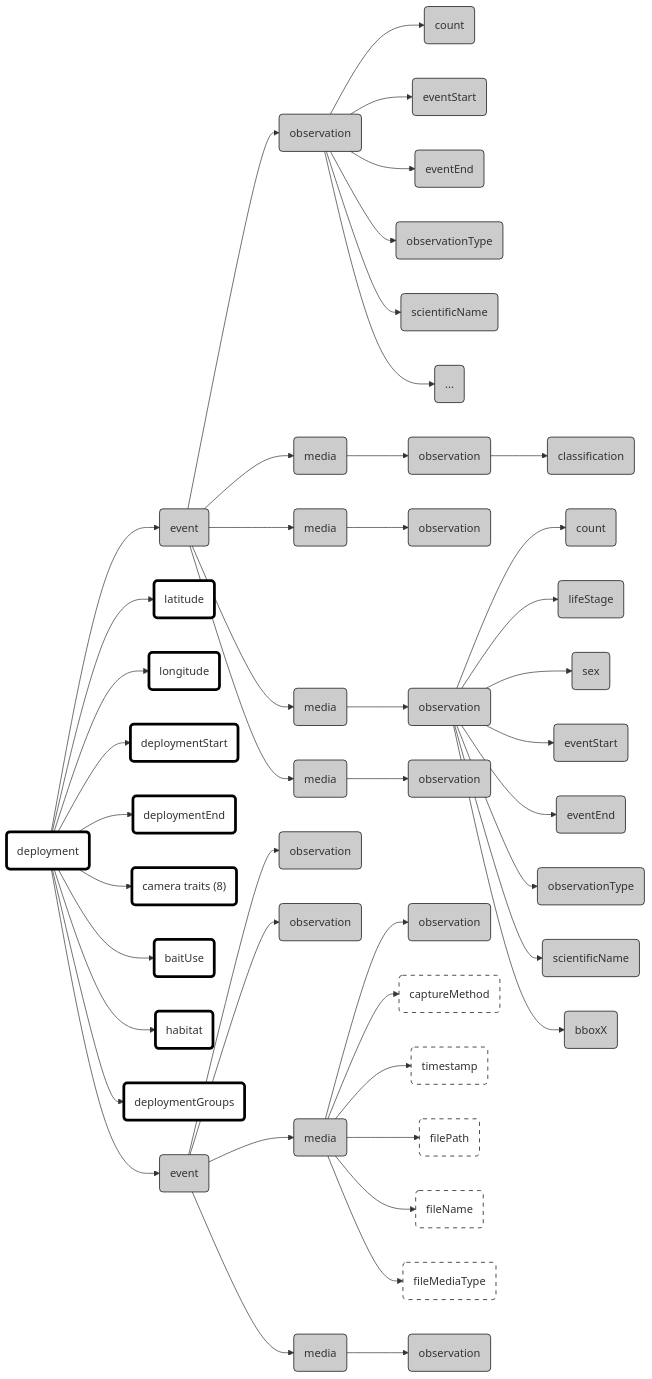
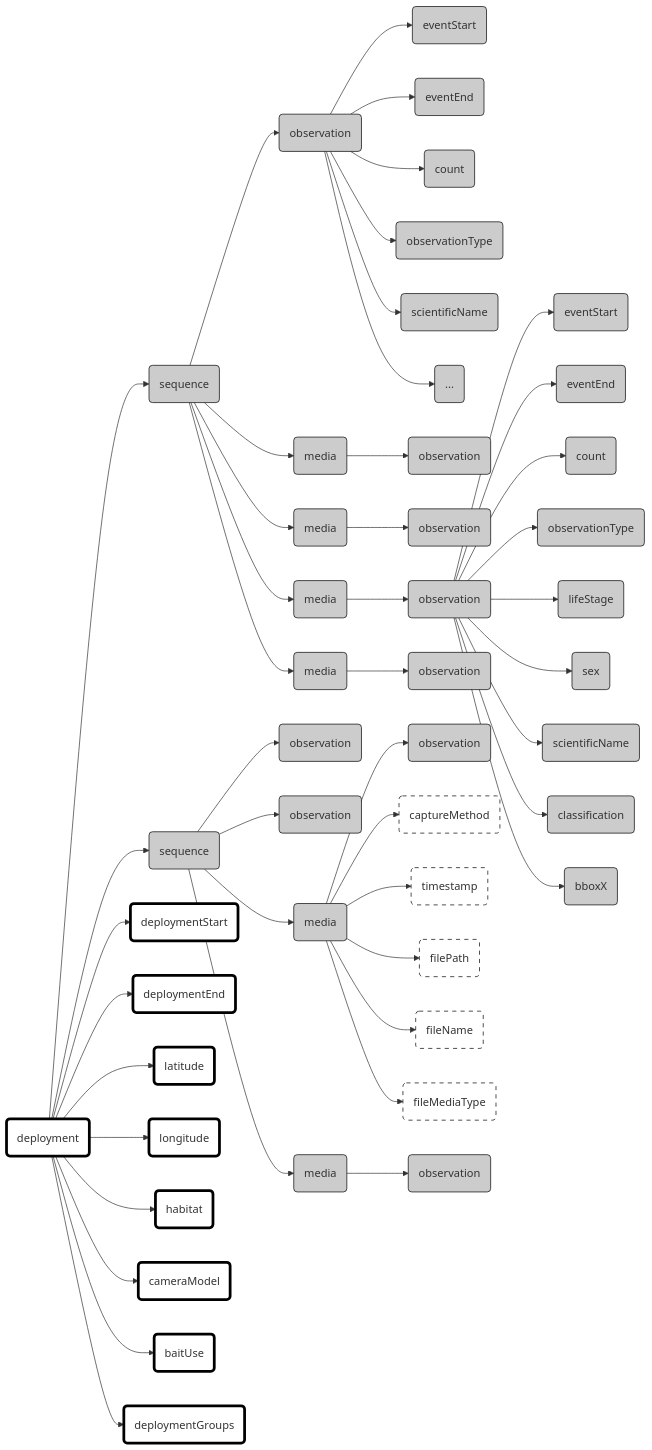
One commit to inbo/dwc-event-workshop changed the diagram in data/camtrap_dp/README.md. Above: the diagram before and after it, drawn with Mermaid.

````diff
--- a/data/camtrap_dp/README.md
+++ b/data/camtrap_dp/README.md
@@ -1,8 +1,8 @@
 ```mermaid
 flowchart LR
     deployment("deployment"):::deployment
-    event1("event"):::observation
-    event2("event"):::observation
+    seq1("sequence"):::observation
+    seq2("sequence"):::observation
 
     obs1("observation"):::observation
     obs2("observation"):::observation
@@ -26,7 +26,7 @@
     longitude("longitude"):::deployment
     deploymentStart("deploymentStart"):::deployment
     deploymentEnd("deploymentEnd"):::deployment
-    cameratraits("camera traits (8)"):::deployment
+    cameraModel("cameraModel"):::deployment
     baitUse("baitUse"):::deployment
     habitat("habitat"):::deployment
     deploymentGroups("deploymentGroups"):::deployment
@@ -58,55 +58,66 @@
     classDef observation fill:#ccc,stroke-width:1px,stroke:#000;
     classDef media       fill:#fff,stroke-width:1px,stroke:#000, stroke-dasharray:6;
 
-deployment --> event1
+%% Deployment level
+
+deployment --> seq1
+deployment --> seq2
+
+deployment --> deploymentStart
+deployment --> deploymentEnd
 deployment --> latitude
 deployment --> longitude
-deployment --> deploymentStart
-deployment --> deploymentEnd
-deployment --> cameratraits
+deployment --> habitat
+deployment --> cameraModel
 deployment --> baitUse
-deployment --> habitat
 deployment --> deploymentGroups
 
+%% Sequence 1
+seq1 --> obs1
+seq1 --> media1
+seq1 --> media2
+seq1 --> media3
+seq1 --> media4
 
-    event1 --> obs1
-        obs1 --> count2
-        obs1--> eventStart2
-        obs1 --> eventEnd2
-        obs1 --> observationType2
-        obs1 --> scientificName2
+    %% Sequence-based observation 1
+        obs1--> eventStart
+        obs1 --> eventEnd
+        obs1 --> count
+        obs1 --> observationType
+        obs1 --> scientificName
         obs1 --> etc
 
-    event1 --> media1
+    %% Media-based observation 1
         media1 --> obs2
-             obs2 --> classification
-    event1 --> media2
         media2 --> obs3
-    event1 --> media3
         media3 --> obs4
-            obs4 --> count
+            obs4 --> eventStart2
+            obs4 --> eventEnd2
+            obs4 --> count2
+            obs4 --> observationType2
             obs4 --> lifeStage
             obs4 --> sex
-            obs4 --> eventStart
-            obs4 --> eventEnd
-            obs4 --> observationType
-            obs4 --> scientificName
+            obs4 --> scientificName2
+            obs4 --> classification
             obs4 --> bboxX
-    event1 --> media4
         media4 --> obs5
 
+%% Sequence 2
+seq2 --> obs6
+seq2 --> obs7
+seq2 --> media5
+seq2 --> media6
 
-deployment --> event2
-    event2 --> obs6
-    event2 --> obs7
-   
-    event2 --> media5
+    %% Media-based observation 2
         media5 --> obs8
+        media6 --> obs9
+
+
+        %% Multimedia files
         media5 --> captureMethod
         media5 --> timestamp
         media5 --> filePath
         media5 --> fileName
         media5 --> fileMediaType
-    event2 --> media6
-        media6 --> obs9
+
 ```
````
